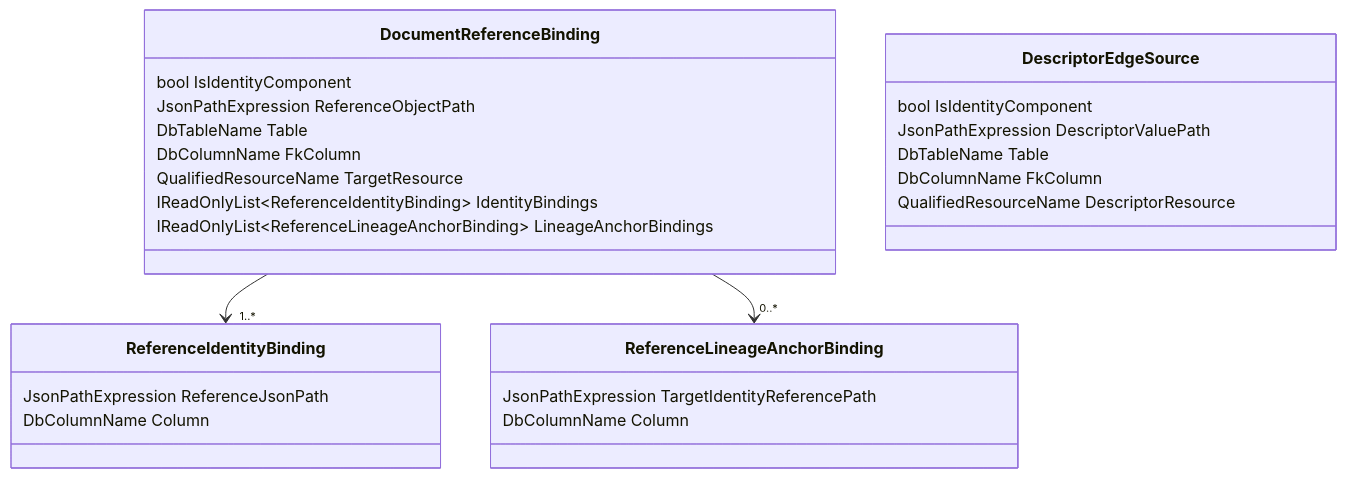
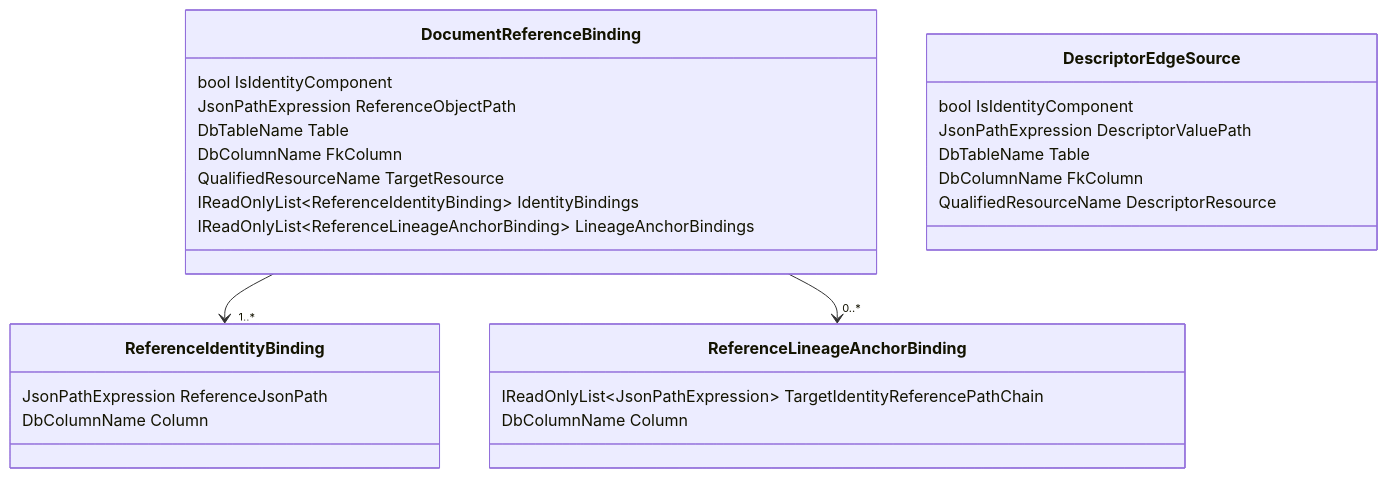
One commit to Ed-Fi-Alliance-OSS/Data-Management-Service changed the sixth of 16 diagrams in reference/design/backend-redesign/presentations/relational-model-presentation.md. Above: the diagram before and after it, drawn with Mermaid. The commit also changed other lines of this file and 19 other files, not shown here.

````diff
--- a/reference/design/backend-redesign/presentations/relational-model-presentation.md
+++ b/reference/design/backend-redesign/presentations/relational-model-presentation.md
@@ -272,33 +272,33 @@
 ```mermaid
 classDiagram
     class DocumentReferenceBinding {
         bool IsIdentityComponent
         JsonPathExpression ReferenceObjectPath
         DbTableName Table
         DbColumnName FkColumn
         QualifiedResourceName TargetResource
         IReadOnlyList~ReferenceIdentityBinding~ IdentityBindings
         IReadOnlyList~ReferenceLineageAnchorBinding~ LineageAnchorBindings
     }
 
     class ReferenceIdentityBinding {
         JsonPathExpression ReferenceJsonPath
         DbColumnName Column
     }
 
     class ReferenceLineageAnchorBinding {
-        JsonPathExpression TargetIdentityReferencePath
+        IReadOnlyList~JsonPathExpression~ TargetIdentityReferencePathChain
         DbColumnName Column
     }
 
     class DescriptorEdgeSource {
         bool IsIdentityComponent
         JsonPathExpression DescriptorValuePath
         DbTableName Table
         DbColumnName FkColumn
         QualifiedResourceName DescriptorResource
     }
 
     DocumentReferenceBinding --> "1..*" ReferenceIdentityBinding
     DocumentReferenceBinding --> "0..*" ReferenceLineageAnchorBinding
 ```
````
